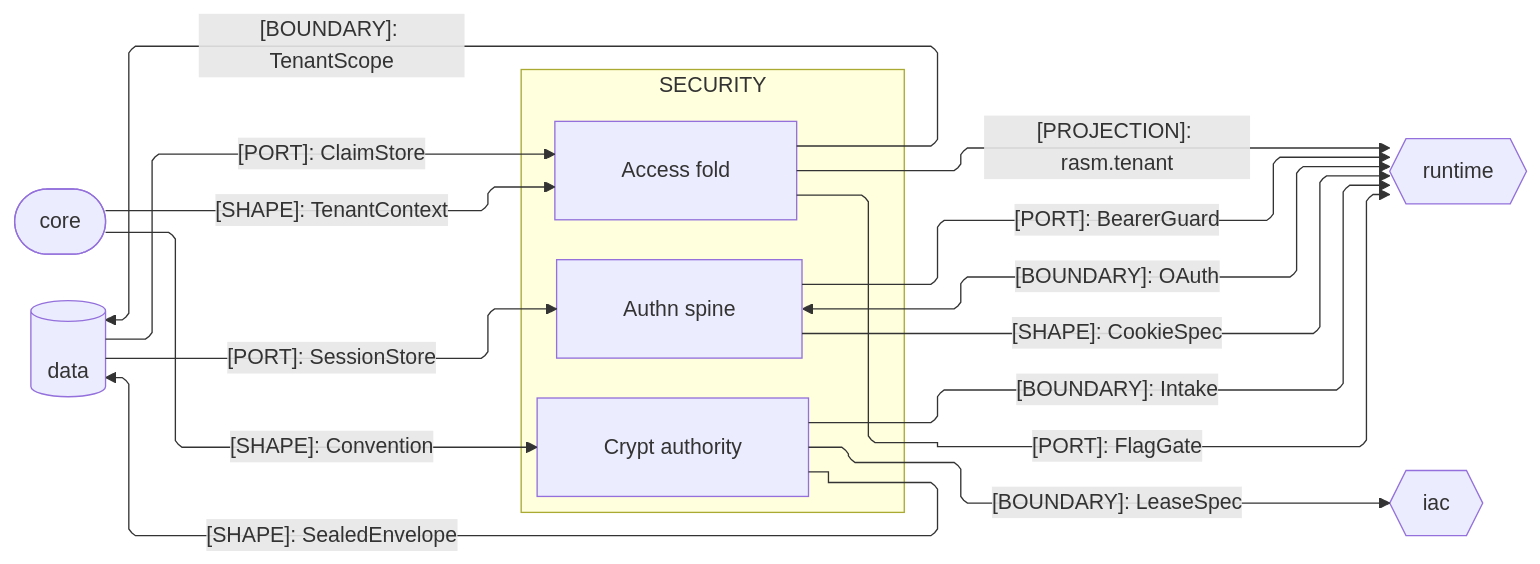
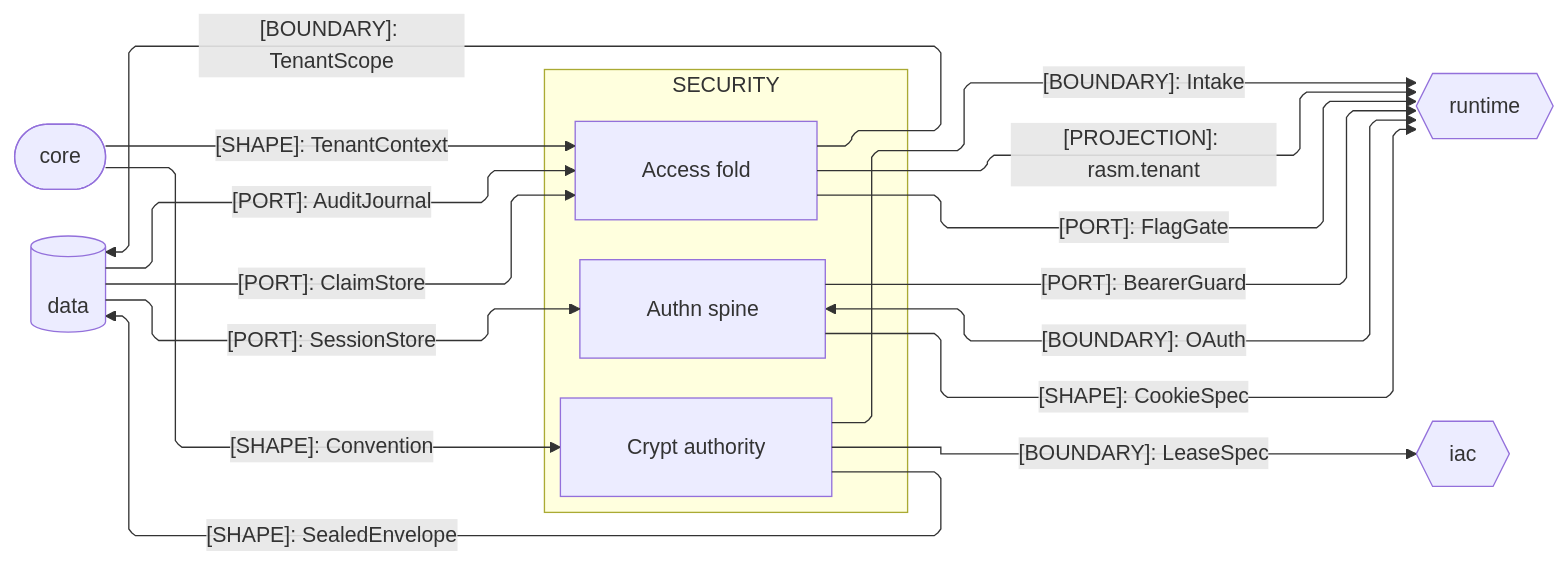
The second of 2 diagrams in libs/typescript/security/ARCHITECTURE.md (bsamiee/Rasm), drawn with Mermaid before and after one commit. The commit also changed other lines of this file and 195 other files, not shown here.

````diff
--- a/libs/typescript/security/ARCHITECTURE.md
+++ b/libs/typescript/security/ARCHITECTURE.md
@@ -71,34 +81,35 @@
 ```mermaid
 ---
 config:
   layout: elk
   flowchart:
     curve: linear
     padding: 25
 ---
 flowchart LR
     accTitle: Security package seam registry
     accDescr: Security sub-domain owners exchanging identity, custody, tenancy, and telemetry contracts with the core, data, runtime, and IaC packages, edge rails colored by kind and nodes classed by seam direction.
     subgraph security[SECURITY]
         Crypt[Crypt authority]
         Authn[Authn spine]
         Access[Access fold]
     end
     Core([core])
     Data[(data)]
     Runtime{{runtime}}
     Iac{{iac}}
     Core e1@-->|"[SHAPE]: TenantContext"| Access
     Data e2@-->|"[PORT]: ClaimStore"| Access
     Access e3@-->|"[BOUNDARY]: TenantScope"| Data
     Data e4@-->|"[PORT]: SessionStore"| Authn
     Authn e5@-->|"[PORT]: BearerGuard"| Runtime
     Authn e6@<-->|"[BOUNDARY]: OAuth"| Runtime
     Authn e7@-->|"[SHAPE]: CookieSpec"| Runtime
     Crypt e8@-->|"[SHAPE]: SealedEnvelope"| Data
     Crypt e9@-->|"[BOUNDARY]: Intake"| Runtime
     Crypt e10@-->|"[BOUNDARY]: LeaseSpec"| Iac
     Access e11@-->|"[PORT]: FlagGate"| Runtime
     Core e12@-->|"[SHAPE]: Convention"| Crypt
     Access e13@-->|"[PROJECTION]: rasm.tenant"| Runtime
+    Data e14@-->|"[PORT]: AuditJournal"| Access
 ```
````
